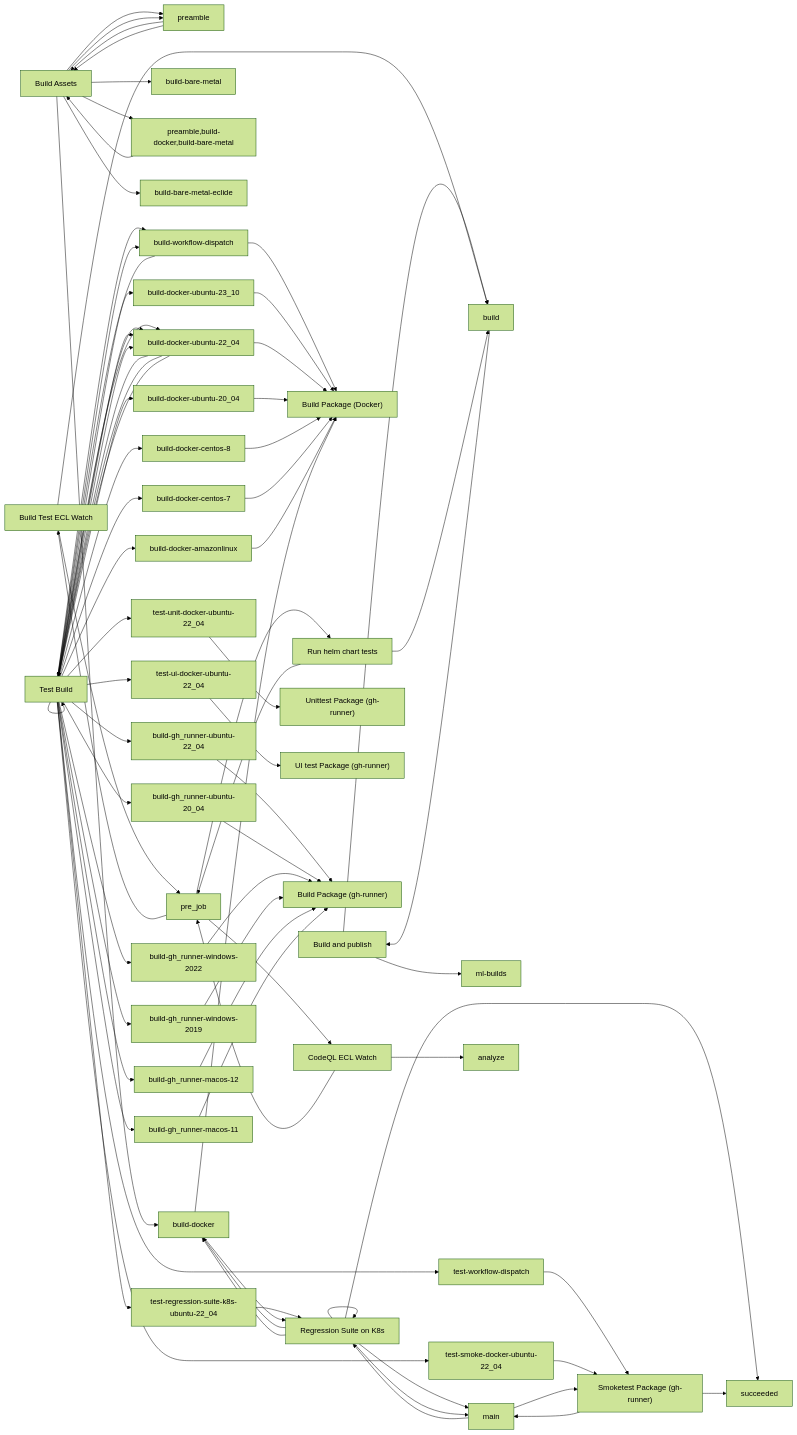
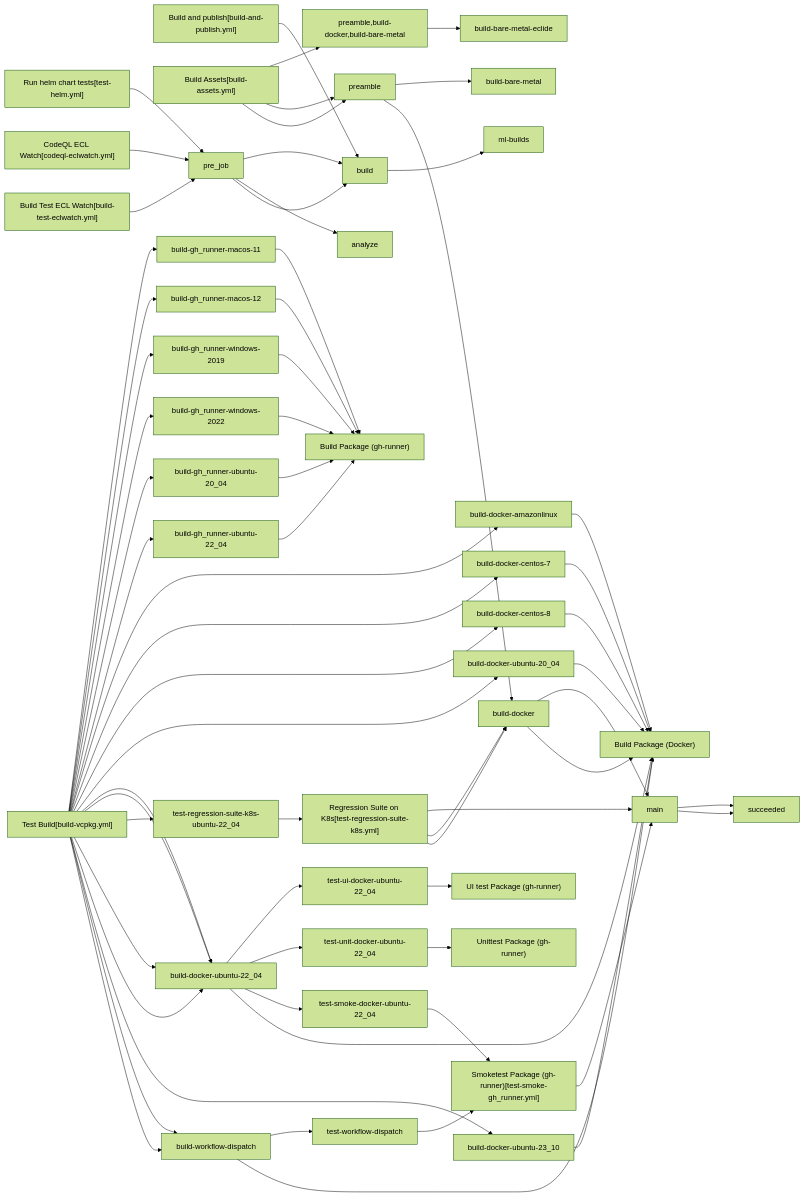
Before and after one commit to AttilaVamos/HPCC-Platform: the second of 2 diagrams in .github/workflows/ActionFlow.md, drawn with Mermaid (forest theme).

````diff
--- a/.github/workflows/ActionFlow.md
+++ b/.github/workflows/ActionFlow.md
@@ -14,32 +14,32 @@
 ```mermaid
   graph LR;
-Build_and_publish["Build and publish[build-and-publish.yml]"]-->build -->Build_and_publish["Build and publish"]-->ml-builds["ml-builds"] ;
-Build_Assets["Build Assets[build-assets.yml]"]-->preamble -->Build_Assets["Build Assets"]-->build-docker["build-docker"] ;
-Build_Assets["Build Assets[build-assets.yml]"]-->preamble -->Build_Assets["Build Assets"]-->build-bare-metal["build-bare-metal"] ;
-Build_Assets["Build Assets[build-assets.yml]"]-->preamble,build-docker,build-bare-metal -->Build_Assets["Build Assets"]-->build-bare-metal-eclide["build-bare-metal-eclide"] ;
-Build_Test_ECL_Watch["Build Test ECL Watch[build-test-eclwatch.yml]"]-->pre_job -->Build_Test_ECL_Watch["Build Test ECL Watch"]-->build["build"] ;
-Test_Build["Test Build[build-vcpkg.yml]"]-->Test_Build["Test Build"]-->build-workflow-dispatch["build-workflow-dispatch"] --> Build_Package_-Docker-["Build Package (Docker)"] ;
-Test_Build["Test Build[build-vcpkg.yml]"]-->build-workflow-dispatch -->Test_Build["Test Build"]-->test-workflow-dispatch["test-workflow-dispatch"] --> Smoketest_Package_-gh-runner-["Smoketest Package (gh-runner)"] ;
-Test_Build["Test Build[build-vcpkg.yml]"]-->Test_Build["Test Build"]-->build-docker-ubuntu-23_10["build-docker-ubuntu-23_10"] --> Build_Package_-Docker-["Build Package (Docker)"] ;
-Test_Build["Test Build[build-vcpkg.yml]"]-->Test_Build["Test Build"]-->build-docker-ubuntu-22_04["build-docker-ubuntu-22_04"] --> Build_Package_-Docker-["Build Package (Docker)"] ;
-Test_Build["Test Build[build-vcpkg.yml]"]-->build-docker-ubuntu-22_04 -->Test_Build["Test Build"]-->test-smoke-docker-ubuntu-22_04["test-smoke-docker-ubuntu-22_04"] --> Smoketest_Package_-gh-runner-["Smoketest Package (gh-runner)"] ;
-Test_Build["Test Build[build-vcpkg.yml]"]-->Test_Build["Test Build"]-->test-regression-suite-k8s-ubuntu-22_04["test-regression-suite-k8s-ubuntu-22_04"] --> Regression_Suite_on_K8s["Regression Suite on K8s"] ;
-Test_Build["Test Build[build-vcpkg.yml]"]-->build-docker-ubuntu-22_04 -->Test_Build["Test Build"]-->test-unit-docker-ubuntu-22_04["test-unit-docker-ubuntu-22_04"] --> Unittest_Package_-gh-runner-["Unittest Package (gh-runner)"] ;
-Test_Build["Test Build[build-vcpkg.yml]"]-->build-docker-ubuntu-22_04 -->Test_Build["Test Build"]-->test-ui-docker-ubuntu-22_04["test-ui-docker-ubuntu-22_04"] --> UI_test_Package_-gh-runner-["UI test Package (gh-runner)"] ;
-Test_Build["Test Build[build-vcpkg.yml]"]-->Test_Build["Test Build"]-->build-docker-ubuntu-20_04["build-docker-ubuntu-20_04"] --> Build_Package_-Docker-["Build Package (Docker)"] ;
-Test_Build["Test Build[build-vcpkg.yml]"]-->Test_Build["Test Build"]-->build-docker-centos-8["build-docker-centos-8"] --> Build_Package_-Docker-["Build Package (Docker)"] ;
-Test_Build["Test Build[build-vcpkg.yml]"]-->Test_Build["Test Build"]-->build-docker-centos-7["build-docker-centos-7"] --> Build_Package_-Docker-["Build Package (Docker)"] ;
-Test_Build["Test Build[build-vcpkg.yml]"]-->Test_Build["Test Build"]-->build-docker-amazonlinux["build-docker-amazonlinux"] --> Build_Package_-Docker-["Build Package (Docker)"] ;
-Test_Build["Test Build[build-vcpkg.yml]"]-->Test_Build["Test Build"]-->build-gh_runner-ubuntu-22_04["build-gh_runner-ubuntu-22_04"] --> Build_Package_-gh-runner-["Build Package (gh-runner)"] ;
-Test_Build["Test Build[build-vcpkg.yml]"]-->Test_Build["Test Build"]-->build-gh_runner-ubuntu-20_04["build-gh_runner-ubuntu-20_04"] --> Build_Package_-gh-runner-["Build Package (gh-runner)"] ;
-Test_Build["Test Build[build-vcpkg.yml]"]-->Test_Build["Test Build"]-->build-gh_runner-windows-2022["build-gh_runner-windows-2022"] --> Build_Package_-gh-runner-["Build Package (gh-runner)"] ;
-Test_Build["Test Build[build-vcpkg.yml]"]-->Test_Build["Test Build"]-->build-gh_runner-windows-2019["build-gh_runner-windows-2019"] --> Build_Package_-gh-runner-["Build Package (gh-runner)"] ;
-Test_Build["Test Build[build-vcpkg.yml]"]-->Test_Build["Test Build"]-->build-gh_runner-macos-12["build-gh_runner-macos-12"] --> Build_Package_-gh-runner-["Build Package (gh-runner)"] ;
-Test_Build["Test Build[build-vcpkg.yml]"]-->Test_Build["Test Build"]-->build-gh_runner-macos-11["build-gh_runner-macos-11"] --> Build_Package_-gh-runner-["Build Package (gh-runner)"] ;
-CodeQL_ECL_Watch["CodeQL ECL Watch[codeql-eclwatch.yml]"]-->pre_job -->CodeQL_ECL_Watch["CodeQL ECL Watch"]-->analyze["analyze"] ;
-Run_helm_chart_tests["Run helm chart tests[test-helm.yml]"]-->pre_job -->Run_helm_chart_tests["Run helm chart tests"]-->build["build"] ;
-Regression_Suite_on_K8s["Regression Suite on K8s[test-regression-suite-k8s.yml]"]-->Regression_Suite_on_K8s["Regression Suite on K8s"]-->build-docker["build-docker"] --> Build_Package_-Docker-["Build Package (Docker)"] ;
-Regression_Suite_on_K8s["Regression Suite on K8s[test-regression-suite-k8s.yml]"]-->build-docker -->Regression_Suite_on_K8s["Regression Suite on K8s"]-->main["main"] ;
-Regression_Suite_on_K8s["Regression Suite on K8s[test-regression-suite-k8s.yml]"]-->main -->Regression_Suite_on_K8s["Regression Suite on K8s"]-->succeeded["succeeded"] ;
-Smoketest_Package_-gh-runner-["Smoketest Package (gh-runner)[test-smoke-gh_runner.yml]"]-->main -->Smoketest_Package_-gh-runner-["Smoketest Package (gh-runner)"]-->succeeded["succeeded"] ;
+Build_and_publish["Build and publish[build-and-publish.yml]"]-->build -->ml-builds["ml-builds"] ;
+Build_Assets["Build Assets[build-assets.yml]"]-->preamble -->build-docker["build-docker"] ;
+Build_Assets["Build Assets[build-assets.yml]"]-->preamble -->build-bare-metal["build-bare-metal"] ;
+Build_Assets["Build Assets[build-assets.yml]"]-->preamble,build-docker,build-bare-metal -->build-bare-metal-eclide["build-bare-metal-eclide"] ;
+Build_Test_ECL_Watch["Build Test ECL Watch[build-test-eclwatch.yml]"]-->pre_job -->build["build"] ;
+Test_Build["Test Build[build-vcpkg.yml]"]-->build-workflow-dispatch["build-workflow-dispatch"] --> Build_Package_-Docker-["Build Package (Docker)"] ;
+Test_Build["Test Build[build-vcpkg.yml]"]-->build-workflow-dispatch -->test-workflow-dispatch["test-workflow-dispatch"] --> Smoketest_Package_-gh-runner-["Smoketest Package (gh-runner)"] ;
+Test_Build["Test Build[build-vcpkg.yml]"]-->build-docker-ubuntu-23_10["build-docker-ubuntu-23_10"] --> Build_Package_-Docker-["Build Package (Docker)"] ;
+Test_Build["Test Build[build-vcpkg.yml]"]-->build-docker-ubuntu-22_04["build-docker-ubuntu-22_04"] --> Build_Package_-Docker-["Build Package (Docker)"] ;
+Test_Build["Test Build[build-vcpkg.yml]"]-->build-docker-ubuntu-22_04 -->test-smoke-docker-ubuntu-22_04["test-smoke-docker-ubuntu-22_04"] --> Smoketest_Package_-gh-runner-["Smoketest Package (gh-runner)"] ;
+Test_Build["Test Build[build-vcpkg.yml]"]-->test-regression-suite-k8s-ubuntu-22_04["test-regression-suite-k8s-ubuntu-22_04"] --> Regression_Suite_on_K8s["Regression Suite on K8s"] ;
+Test_Build["Test Build[build-vcpkg.yml]"]-->build-docker-ubuntu-22_04 -->test-unit-docker-ubuntu-22_04["test-unit-docker-ubuntu-22_04"] --> Unittest_Package_-gh-runner-["Unittest Package (gh-runner)"] ;
+Test_Build["Test Build[build-vcpkg.yml]"]-->build-docker-ubuntu-22_04 -->test-ui-docker-ubuntu-22_04["test-ui-docker-ubuntu-22_04"] --> UI_test_Package_-gh-runner-["UI test Package (gh-runner)"] ;
+Test_Build["Test Build[build-vcpkg.yml]"]-->build-docker-ubuntu-20_04["build-docker-ubuntu-20_04"] --> Build_Package_-Docker-["Build Package (Docker)"] ;
+Test_Build["Test Build[build-vcpkg.yml]"]-->build-docker-centos-8["build-docker-centos-8"] --> Build_Package_-Docker-["Build Package (Docker)"] ;
+Test_Build["Test Build[build-vcpkg.yml]"]-->build-docker-centos-7["build-docker-centos-7"] --> Build_Package_-Docker-["Build Package (Docker)"] ;
+Test_Build["Test Build[build-vcpkg.yml]"]-->build-docker-amazonlinux["build-docker-amazonlinux"] --> Build_Package_-Docker-["Build Package (Docker)"] ;
+Test_Build["Test Build[build-vcpkg.yml]"]-->build-gh_runner-ubuntu-22_04["build-gh_runner-ubuntu-22_04"] --> Build_Package_-gh-runner-["Build Package (gh-runner)"] ;
+Test_Build["Test Build[build-vcpkg.yml]"]-->build-gh_runner-ubuntu-20_04["build-gh_runner-ubuntu-20_04"] --> Build_Package_-gh-runner-["Build Package (gh-runner)"] ;
+Test_Build["Test Build[build-vcpkg.yml]"]-->build-gh_runner-windows-2022["build-gh_runner-windows-2022"] --> Build_Package_-gh-runner-["Build Package (gh-runner)"] ;
+Test_Build["Test Build[build-vcpkg.yml]"]-->build-gh_runner-windows-2019["build-gh_runner-windows-2019"] --> Build_Package_-gh-runner-["Build Package (gh-runner)"] ;
+Test_Build["Test Build[build-vcpkg.yml]"]-->build-gh_runner-macos-12["build-gh_runner-macos-12"] --> Build_Package_-gh-runner-["Build Package (gh-runner)"] ;
+Test_Build["Test Build[build-vcpkg.yml]"]-->build-gh_runner-macos-11["build-gh_runner-macos-11"] --> Build_Package_-gh-runner-["Build Package (gh-runner)"] ;
+CodeQL_ECL_Watch["CodeQL ECL Watch[codeql-eclwatch.yml]"]-->pre_job -->analyze["analyze"] ;
+Run_helm_chart_tests["Run helm chart tests[test-helm.yml]"]-->pre_job -->build["build"] ;
+Regression_Suite_on_K8s["Regression Suite on K8s[test-regression-suite-k8s.yml]"]-->build-docker["build-docker"] --> Build_Package_-Docker-["Build Package (Docker)"] ;
+Regression_Suite_on_K8s["Regression Suite on K8s[test-regression-suite-k8s.yml]"]-->build-docker -->main["main"] ;
+Regression_Suite_on_K8s["Regression Suite on K8s[test-regression-suite-k8s.yml]"]-->main -->succeeded["succeeded"] ;
+Smoketest_Package_-gh-runner-["Smoketest Package (gh-runner)[test-smoke-gh_runner.yml]"]-->main -->succeeded["succeeded"] ;
 ```
````
